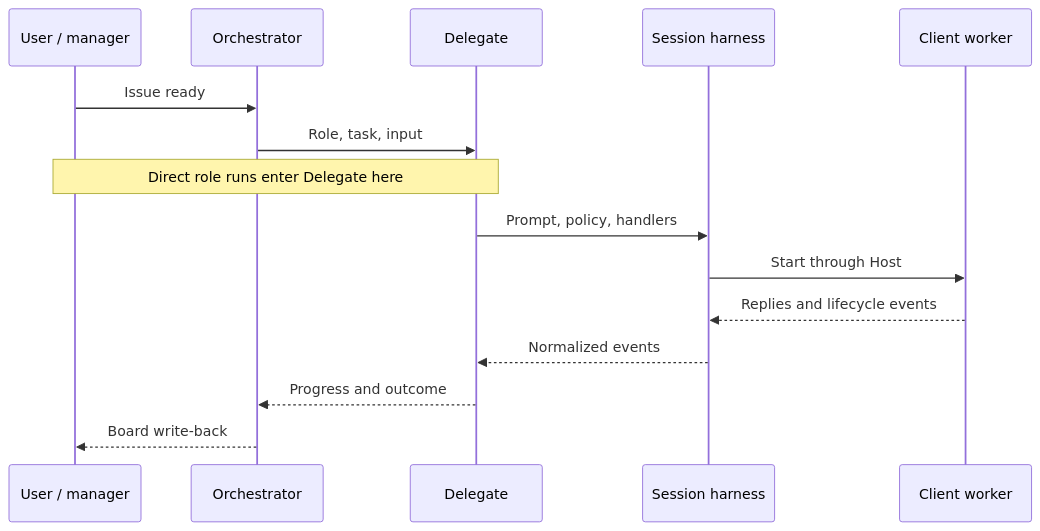
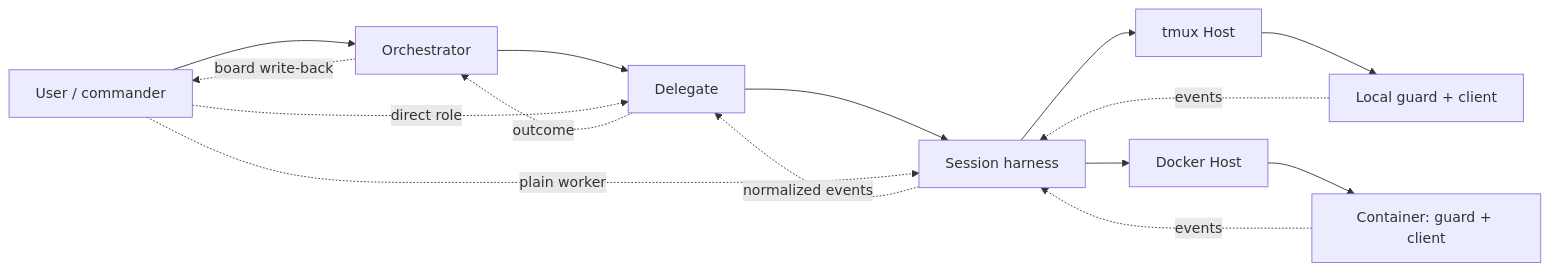
One commit to windroc-labs/ensemble changed the diagram in docs/architecture.md. Above: the diagram before and after it, drawn with Mermaid. The commit also changed other lines of this file and 18 other files, not shown here.

Commit message:
docs: keep architecture high-level and delete detailed topic pages

````diff
--- a/docs/architecture.md
+++ b/docs/architecture.md
@@ -23,17 +21,16 @@
 ```mermaid
-sequenceDiagram
-    participant U as User / manager
-    participant O as Orchestrator
-    participant D as Delegate
-    participant S as Session harness
-    participant W as Client worker
-    U->>O: Issue ready
-    O->>D: Role, task, input
-    Note over U,D: Direct role runs enter Delegate here
-    D->>S: Prompt, policy, handlers
-    S->>W: Start through Host
-    W-->>S: Replies and lifecycle events
-    S-->>D: Normalized events
-    D-->>O: Progress and outcome
-    O-->>U: Board write-back
+flowchart LR
+    U[User / commander] --> O[Orchestrator]
+    O --> D[Delegate]
+    U -. direct role .-> D
+    D --> H[Session harness]
+    U -. plain worker .-> H
+    H --> T[tmux Host]
+    H --> C[Docker Host]
+    T --> L[Local guard + client]
+    C --> W[Container: guard + client]
+    L & W -. events .-> H
+    H -. normalized events .-> D
+    D -. outcome .-> O
+    O -. board write-back .-> U
 ```
````
